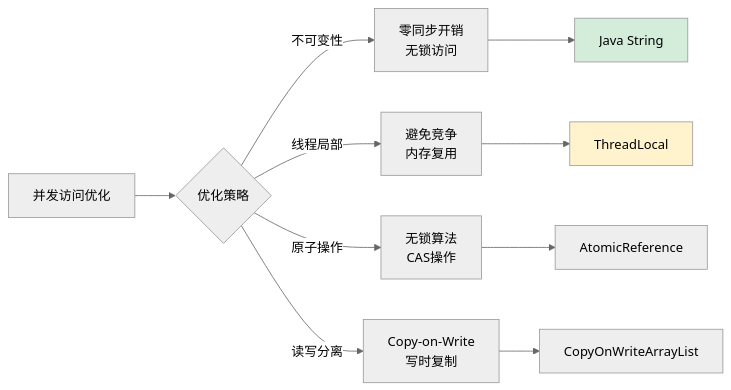
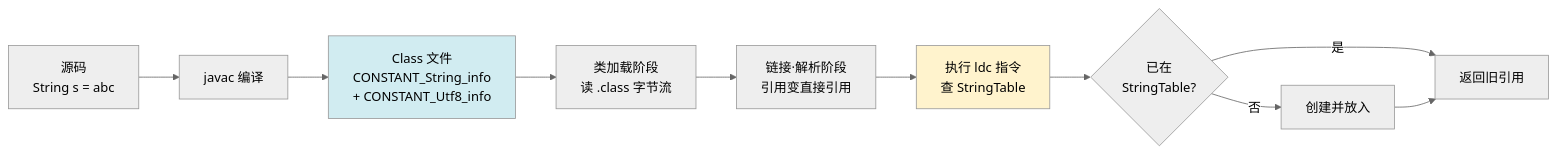
One commit to chongyang211/YCBookBlog changed diagram 17 of 32 in 00.通用技术的提升/02.程序编程原理/01.字符串设计的灵魂.md. Above: the diagram before and after it, drawn with Mermaid (neutral theme). The commit also changed other lines of this file and 6 other files, not shown here.

````diff
--- a/00.通用技术的提升/02.程序编程原理/01.字符串设计的灵魂.md
+++ b/00.通用技术的提升/02.程序编程原理/01.字符串设计的灵魂.md
@@ -788,16 +1023,15 @@
 ```mermaid
-graph LR
-    A[并发访问优化] --> B{优化策略}
-    B -->|不可变性| C[零同步开销<br/>无锁访问]
-    B -->|线程局部| D[避免竞争<br/>内存复用]
-    B -->|原子操作| E[无锁算法<br/>CAS操作]
-    B -->|读写分离| F[Copy-on-Write<br/>写时复制]
-    
-    C --> G[Java String]
-    D --> H[ThreadLocal]
-    E --> I[AtomicReference]
-    F --> J[CopyOnWriteArrayList]
-    
-    style G fill:#d4edda
-    style H fill:#fff3cd
+flowchart LR
+    A[源码<br/>String s = abc ] --> B[javac 编译]
+    B --> C[Class 文件<br/>CONSTANT_String_info<br/>+ CONSTANT_Utf8_info]
+    C --> D[类加载阶段<br/>读 .class 字节流]
+    D --> E[链接·解析阶段<br/>引用变直接引用]
+    E --> F[执行 ldc 指令<br/>查 StringTable]
+    F --> G{已在<br/>StringTable?}
+    G -->|是| H[返回旧引用]
+    G -->|否| I[创建并放入]
+    I --> H
+
+    style C fill:#d1ecf1
+    style F fill:#fff3cd
 ```
````
